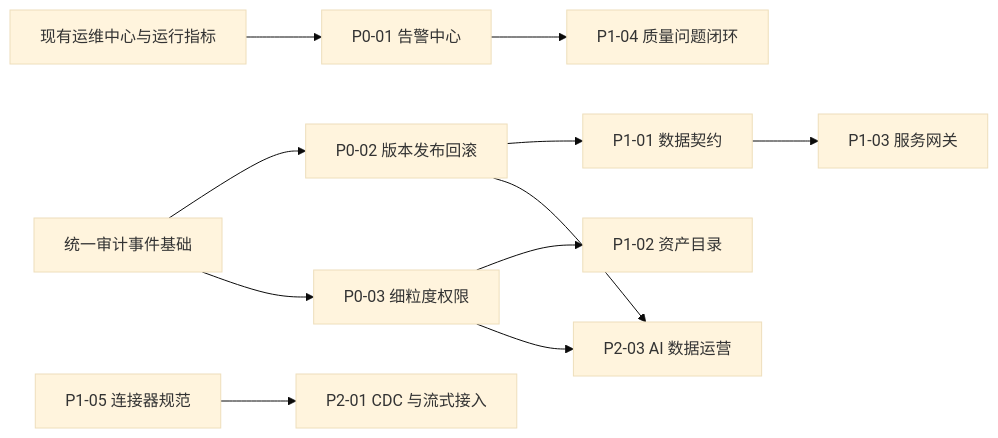
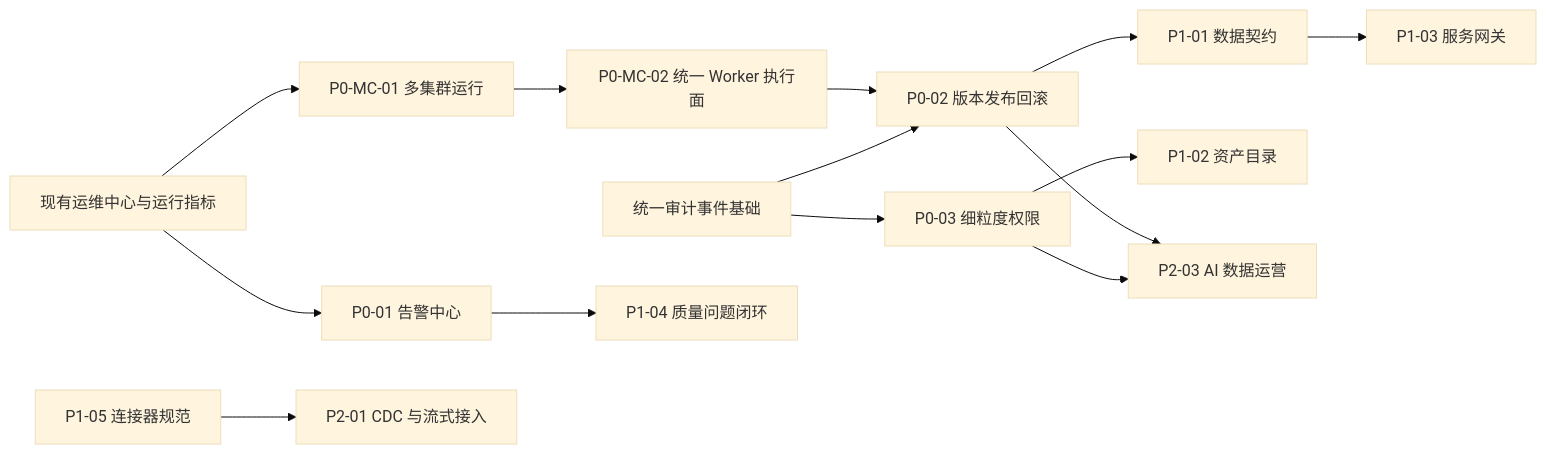
Before and after one commit to wdragondragon/data-aggregation-studio: the diagram in docs/规划/studio-future-roadmap.md, drawn with Mermaid (base theme). The commit also changed other lines of this file and 25 other files, not shown here.

````diff
--- a/docs/规划/studio-future-roadmap.md
+++ b/docs/规划/studio-future-roadmap.md
@@ -438,13 +515,16 @@
 ```mermaid
 flowchart LR
     OPS[现有运维中心与运行指标] --> ALERT[P0-01 告警中心]
+    OPS --> RUNTIME[P0-MC-01 多集群运行]
+    RUNTIME --> WORKER[P0-MC-02 统一 Worker 执行面]
     AUDIT[统一审计事件基础] --> VERSION[P0-02 版本发布回滚]
+    WORKER --> VERSION
     AUDIT --> PERMISSION[P0-03 细粒度权限]
     VERSION --> CONTRACT[P1-01 数据契约]
     PERMISSION --> CATALOG[P1-02 资产目录]
     CONTRACT --> GATEWAY[P1-03 服务网关]
     ALERT --> QUALITY[P1-04 质量问题闭环]
     CONNECTOR[P1-05 连接器规范] --> CDC[P2-01 CDC 与流式接入]
     PERMISSION --> AI[P2-03 AI 数据运营]
     VERSION --> AI
 ```
````
